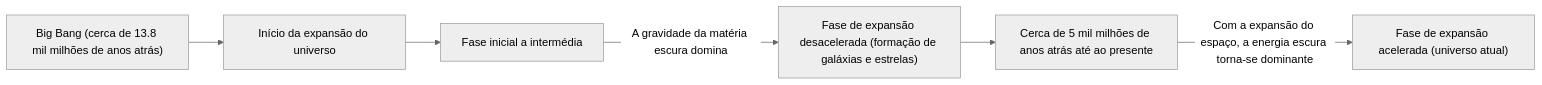
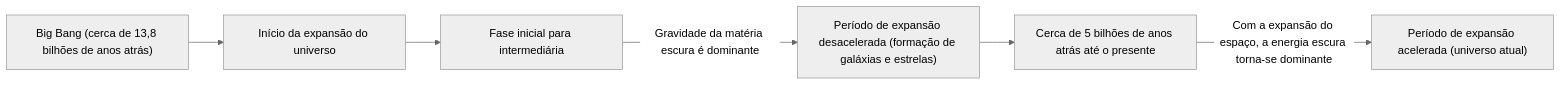
Before and after one commit to kenjinote/blog: the second of 2 diagrams in content/post/dark-matter-dark-energy-mysteries/index.pt.md, drawn with Mermaid (neutral theme). The commit also changed other lines of this file and 12 other files, not shown here.

````diff
--- a/content/post/dark-matter-dark-energy-mysteries/index.pt.md
+++ b/content/post/dark-matter-dark-energy-mysteries/index.pt.md
@@ -83,8 +92,8 @@
 ```mermaid
 graph LR
-    A["Big Bang (cerca de 13.8 mil milhões de anos atrás)"] --> B["Início da expansão do universo"]
-    B --> C["Fase inicial a intermédia"]
-    C -- "A gravidade da matéria escura domina" --> D["Fase de expansão desacelerada (formação de galáxias e estrelas)"]
-    D --> E["Cerca de 5 mil milhões de anos atrás até ao presente"]
-    E -- "Com a expansão do espaço, a energia escura torna-se dominante" --> F["Fase de expansão acelerada (universo atual)"]
+    A["Big Bang (cerca de 13,8 bilhões de anos atrás)"] --> B["Início da expansão do universo"]
+    B --> C["Fase inicial para intermediária"]
+    C -- "Gravidade da matéria escura é dominante" --> D["Período de expansão desacelerada (formação de galáxias e estrelas)"]
+    D --> E["Cerca de 5 bilhões de anos atrás até o presente"]
+    E -- "Com a expansão do espaço, a energia escura torna-se dominante" --> F["Período de expansão acelerada (universo atual)"]
 ```
````
